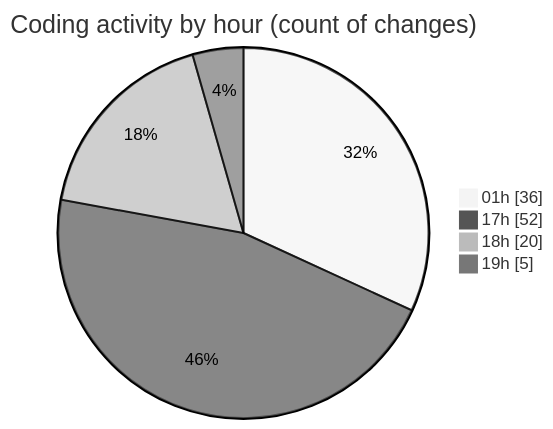
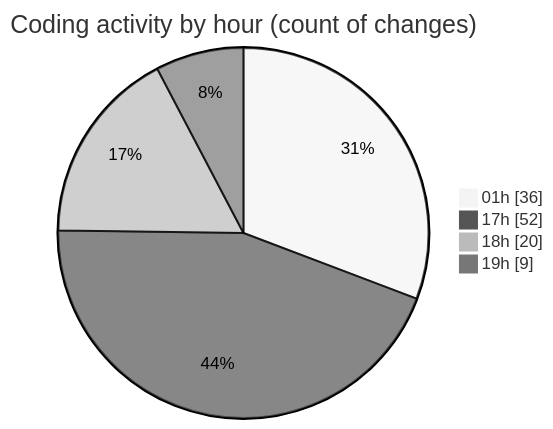
One commit to lephambinh05/code-tracking changed the second of 2 diagrams in 2025-07-29/appproject/README.md. Above: the diagram before and after it, drawn with Mermaid (neutral theme). The commit also changed other lines of this file and 1 other file, not shown here.

````diff
--- a/2025-07-29/appproject/README.md
+++ b/2025-07-29/appproject/README.md
@@ -79,8 +79,8 @@
 ```mermaid
 pie showData
 title Coding activity by hour (count of changes)
 "01h" : 36
 "17h" : 52
 "18h" : 20
-"19h" : 5
+"19h" : 9
 ```
````
